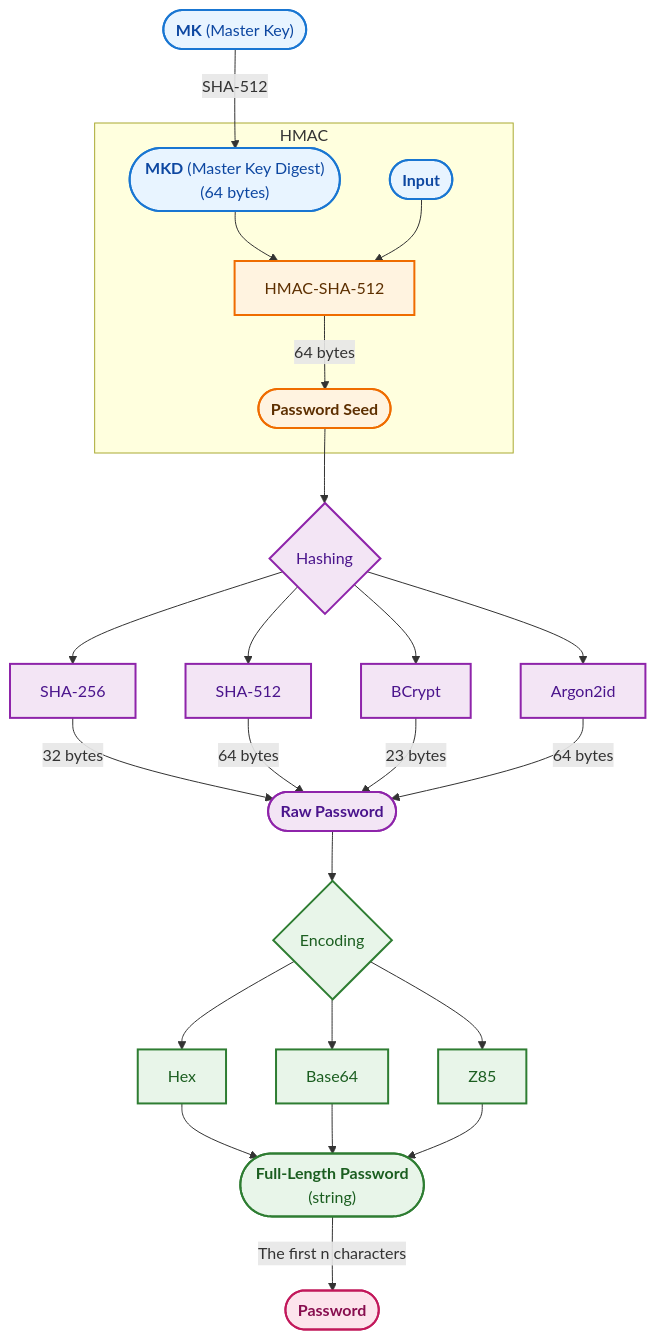
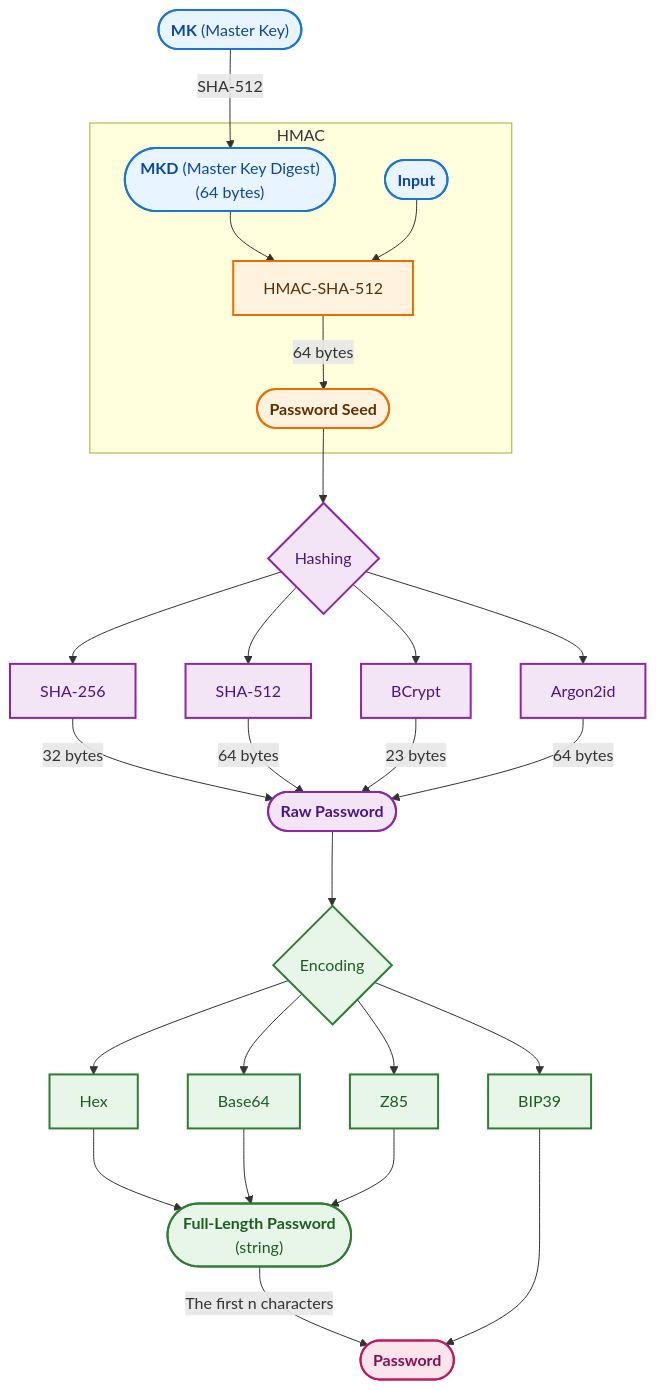
One commit to nasiri97/PassGen changed the diagram in README.md. Above: the diagram before and after it, drawn with Mermaid.

Commit message:
Edit diagram of readme file

````diff
--- a/README.md
+++ b/README.md
@@ -27,68 +27,74 @@
 ```mermaid
 flowchart TD
 %% ─────────────────────────────────────────────
 %% Key Derivation / Authentication
 %% ─────────────────────────────────────────────
 
     MK(["<b>MK</b> (Master Key)"]) -->|SHA-512| MKD(["<b>MKD</b> (Master Key Digest)<br/>(64 bytes)"])
 
     subgraph HMAC_STAGE["HMAC"]
         MKD --> HMAC["HMAC-SHA-512"]
         IN(["<b>Input</b>"]) --> HMAC
 
         HMAC -->|64 bytes| HASH(["<b>Password Seed</b>"])
     end
 
 
 %% ─────────────────────────────────────────────
 %% Password Hashing / KDF
 %% ─────────────────────────────────────────────
 
     HASH --> ALG{"Hashing"}
 
     ALG --> SHA256["SHA-256"]
     ALG --> SHA512["SHA-512"]
     ALG --> BCRYPT["BCrypt"]
     ALG --> ARGON["Argon2id"]
 
     SHA256 -->|32 bytes| RAW(["<b>Raw Password</b>"])
     SHA512 -->|64 bytes| RAW
     BCRYPT -->|23 bytes| RAW
     ARGON -->|64 bytes| RAW
 
 %% ─────────────────────────────────────────────
 %% Encoding
 %% ─────────────────────────────────────────────
 
     RAW --> ENC{"Encoding"}
 
-    ENC --> HEX["Hex"]
-    ENC --> BASE64["Base64"]
-    ENC --> Z85["Z85"]
+    subgraph InvisibleGroup
+        ENC --> HEX["Hex"]
+        ENC --> BASE64["Base64"]
+        ENC --> Z85["Z85"]
+        ENC --> BIP39["BIP39"]
+    end
 
     HEX --> STR(["<b>Full-Length Password</b><br/>(string)"])
     BASE64 --> STR
     Z85 --> STR
 
 %% ─────────────────────────────────────────────
 %% Final Output
 %% ─────────────────────────────────────────────
 
     STR -->|The first n characters| OUT(["<b>Password</b>"])
+    BIP39 --> OUT
 
 %% ─────────────────────────────────────────────
 %% Styling
 %% ─────────────────────────────────────────────
 
     classDef input fill:#e8f4ff,stroke:#1976d2,stroke-width:2px,color:#0d47a1
     classDef crypto fill:#fff3e0,stroke:#ef6c00,stroke-width:2px,color:#5d2f00
     classDef algorithm fill:#f3e5f5,stroke:#8e24aa,stroke-width:2px,color:#4a148c
     classDef encoding fill:#e8f5e9,stroke:#2e7d32,stroke-width:2px,color:#1b5e20
     classDef output fill:#fce4ec,stroke:#c2185b,stroke-width:2px,color:#880e4f
 
     class MK,MKD,IN input
     class HMAC,HASH crypto
     class ALG,SHA256,SHA512,BCRYPT,ARGON,RAW algorithm
-    class ENC,HEX,BASE64,Z85,STR encoding
+    class ENC,HEX,BASE64,Z85,STR,BIP39 encoding
     class OUT output
+
+    style InvisibleGroup fill:transparent,stroke:transparent,color:transparent
 ```
````
